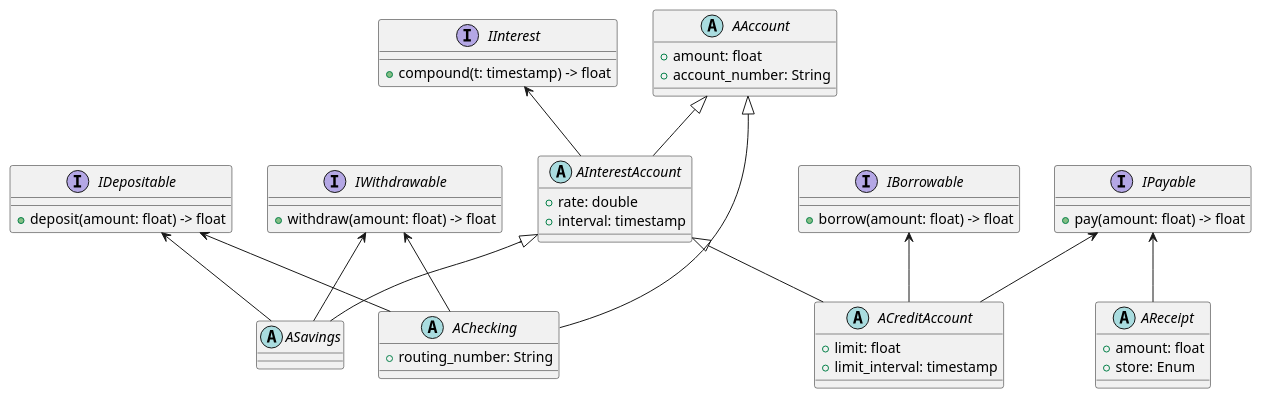
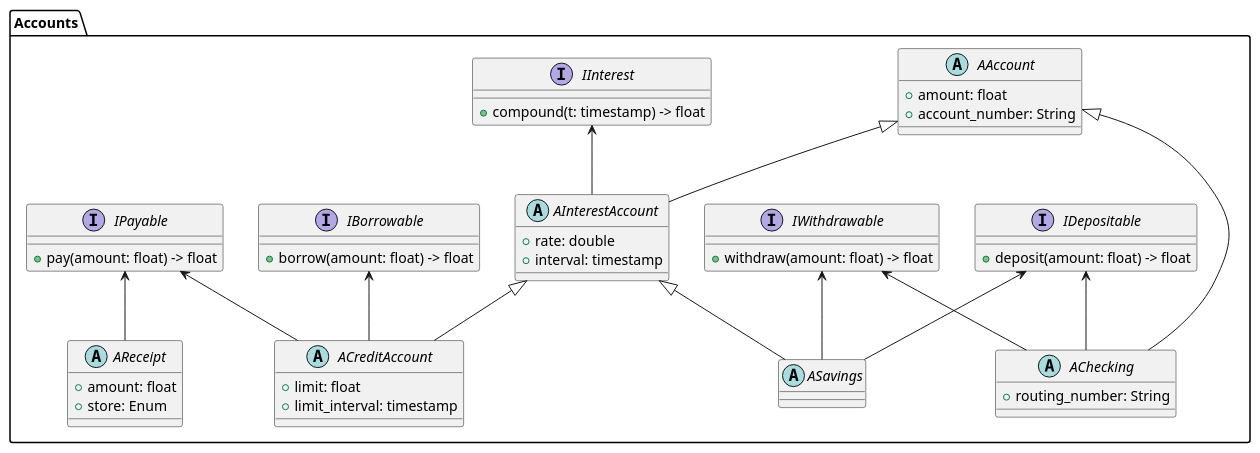
The diagram in object_model.puml (aaron-jencks/budget_LabVIEW), drawn with PlantUML before and after one commit.

```diff
--- a/object_model.puml
+++ b/object_model.puml
@@ -1,64 +1,66 @@
 @startuml
-interface IDepositable {
-+ deposit(amount: float) -> float
+package Accounts {
+    interface IDepositable {
+    + deposit(amount: float) -> float
+    }
+
+    interface IWithdrawable {
+    + withdraw(amount: float) -> float
+    }
+
+    interface IPayable {
+    + pay(amount: float) -> float
+    }
+
+    interface IBorrowable {
+    + borrow(amount: float) -> float
+    }
+
+    abstract class AAccount {
+    + amount: float
+    + account_number: String
+    }
+
+    interface IInterest {
+    + compound(t: timestamp) -> float
+    }
+
+    abstract class AInterestAccount {
+    + rate: double
+    + interval: timestamp
+    }
+
+    IInterest <-- AInterestAccount
+    AAccount <|-- AInterestAccount
+
+    abstract class ACreditAccount {
+    + limit: float
+    + limit_interval: timestamp
+    }
+
+    IBorrowable <-- ACreditAccount
+    IPayable <-- ACreditAccount
+    AInterestAccount <|-- ACreditAccount
+
+    abstract class ASavings {
+    }
+
+    IDepositable <-- ASavings
+    IWithdrawable <-- ASavings
+    AInterestAccount <|-- ASavings
+
+    abstract class AChecking {
+    + routing_number: String
+    }
+
+    IDepositable <-- AChecking
+    IWithdrawable <-- AChecking
+    AAccount <|-- AChecking
+
+    abstract class AReceipt {
+    + amount: float
+    + store: Enum
+    }
+    IPayable <-- AReceipt
 }
-
-interface IWithdrawable {
-+ withdraw(amount: float) -> float
-}
-
-interface IPayable {
-+ pay(amount: float) -> float
-}
-
-interface IBorrowable {
-+ borrow(amount: float) -> float
-}
-
-abstract class AAccount {
-+ amount: float
-+ account_number: String
-}
-
-interface IInterest {
-+ compound(t: timestamp) -> float
-}
-
-abstract class AInterestAccount {
-+ rate: double
-+ interval: timestamp
-}
-
-IInterest <-- AInterestAccount
-AAccount <|-- AInterestAccount
-
-abstract class ACreditAccount {
-+ limit: float
-+ limit_interval: timestamp
-}
-
-IBorrowable <-- ACreditAccount
-IPayable <-- ACreditAccount
-AInterestAccount <|-- ACreditAccount
-
-abstract class ASavings {
-}
-
-IDepositable <-- ASavings
-IWithdrawable <-- ASavings
-AInterestAccount <|-- ASavings
-
-abstract class AChecking {
-+ routing_number: String
-}
-
-IDepositable <-- AChecking
-IWithdrawable <-- AChecking
-AAccount <|-- AChecking
-
-abstract class AReceipt {
-+ amount: float
-+ store: Enum
-}
-IPayable <-- AReceipt
 @enduml
```
